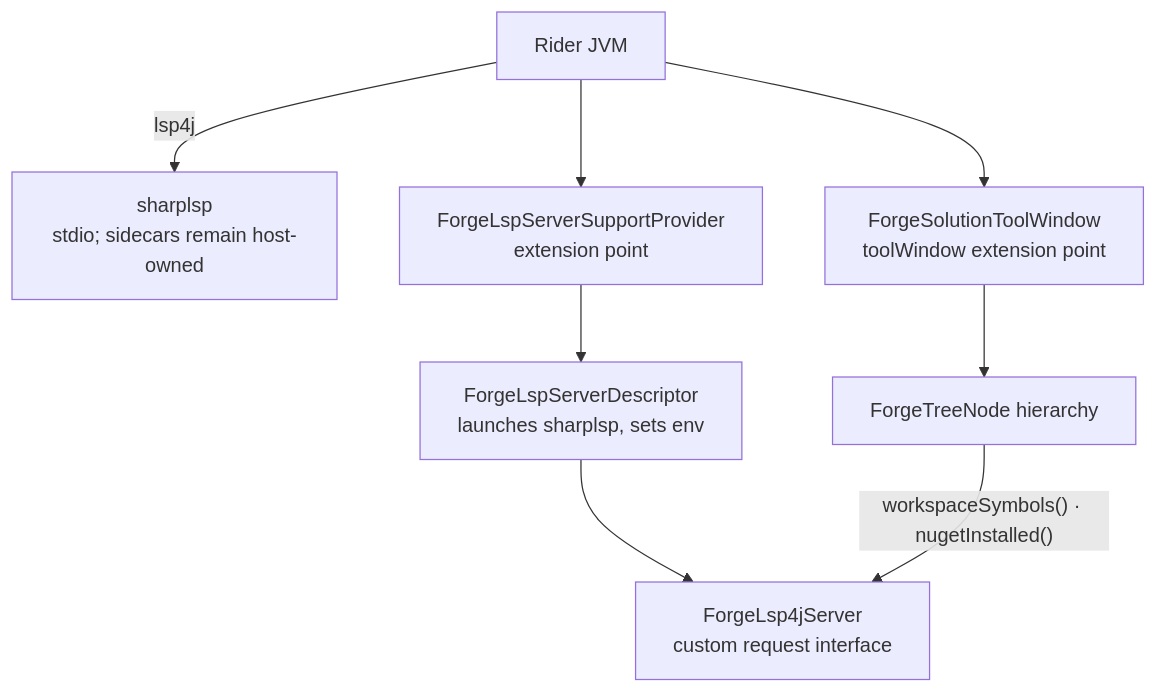
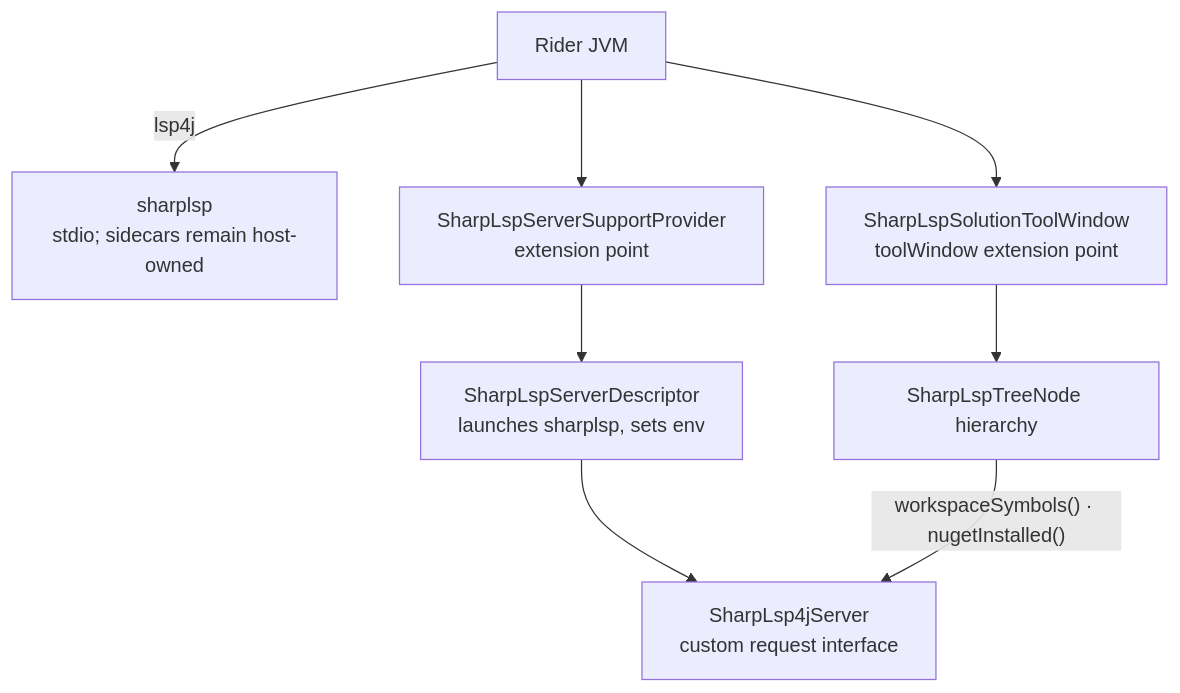
The first of 2 diagrams in docs/specs/RIDER-PLUGIN-SPEC.md (Nimblesite/SharpLsp), drawn with Mermaid before and after one commit. The commit also changed other lines of this file and 104 other files, not shown here.

First line of the commit message:
Ship the LSP binaries, the Rider plugin, and the Homebrew/Scoop channels (#239)

````diff
--- a/docs/specs/RIDER-PLUGIN-SPEC.md
+++ b/docs/specs/RIDER-PLUGIN-SPEC.md
@@ -19,10 +19,10 @@
 ```mermaid
 flowchart TB
     RIDER["Rider JVM"] -- lsp4j --> SHARPLSP["sharplsp<br/>stdio; sidecars remain host-owned"]
-    RIDER --> PROVIDER["ForgeLspServerSupportProvider<br/>extension point"]
-    RIDER --> TOOLWINDOW["ForgeSolutionToolWindow<br/>toolWindow extension point"]
-    PROVIDER --> DESCRIPTOR["ForgeLspServerDescriptor<br/>launches sharplsp, sets env"]
-    DESCRIPTOR --> LSP4J["ForgeLsp4jServer<br/>custom request interface"]
-    TOOLWINDOW --> NODES["ForgeTreeNode hierarchy"]
+    RIDER --> PROVIDER["SharpLspServerSupportProvider<br/>extension point"]
+    RIDER --> TOOLWINDOW["SharpLspSolutionToolWindow<br/>toolWindow extension point"]
+    PROVIDER --> DESCRIPTOR["SharpLspServerDescriptor<br/>launches sharplsp, sets env"]
+    DESCRIPTOR --> LSP4J["SharpLsp4jServer<br/>custom request interface"]
+    TOOLWINDOW --> NODES["SharpLspTreeNode hierarchy"]
     NODES -- "workspaceSymbols() · nugetInstalled()" --> LSP4J
 ```
````
